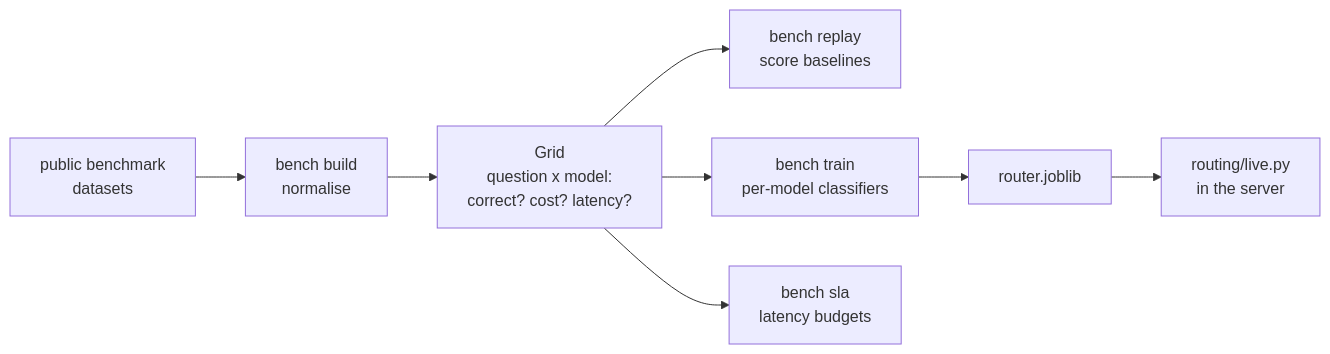
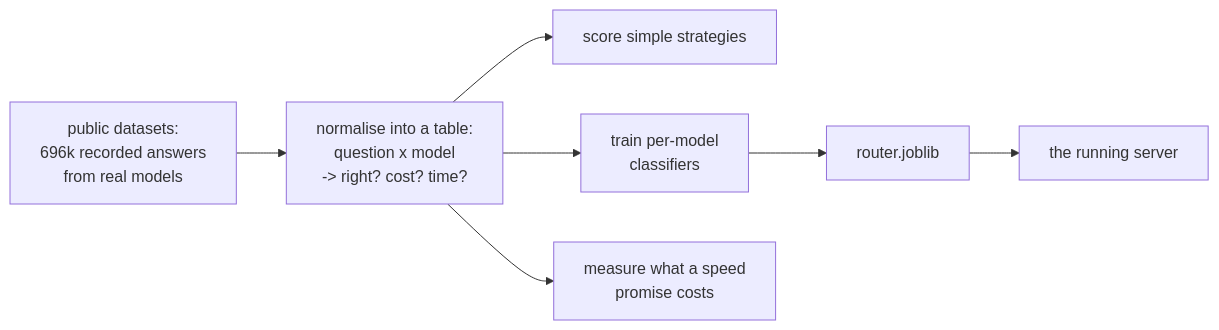
The sixth of 6 diagrams in docs/ARCHITECTURE.md (vbvansh/switchboard), drawn with Mermaid before and after one commit. The commit also changed other lines of this file and 2 other files, not shown here.

First line of the commit message:
Docs: rewrite the README and architecture guide for a general reader

````diff
--- a/docs/ARCHITECTURE.md
+++ b/docs/ARCHITECTURE.md
@@ -366,10 +416,9 @@
 ```mermaid
 flowchart LR
-    DL["public benchmark<br/>datasets"] --> BUILD["bench build<br/>normalise"]
-    BUILD --> GRID["Grid<br/>question x model:<br/>correct? cost? latency?"]
-    GRID --> REPLAY["bench replay<br/>score baselines"]
-    GRID --> TRAIN["bench train<br/>per-model classifiers"]
-    GRID --> SLA["bench sla<br/>latency budgets"]
+    DATA["public datasets:<br/>696k recorded answers<br/>from real models"] --> GRID["normalise into a table:<br/>question x model<br/>-> right? cost? time?"]
+    GRID --> REPLAY["score simple strategies"]
+    GRID --> TRAIN["train per-model<br/>classifiers"]
+    GRID --> SLA["measure what a speed<br/>promise costs"]
     TRAIN --> ART["router.joblib"]
-    ART --> LIVE["routing/live.py<br/>in the server"]
+    ART --> LIVE["the running server"]
 ```
````
